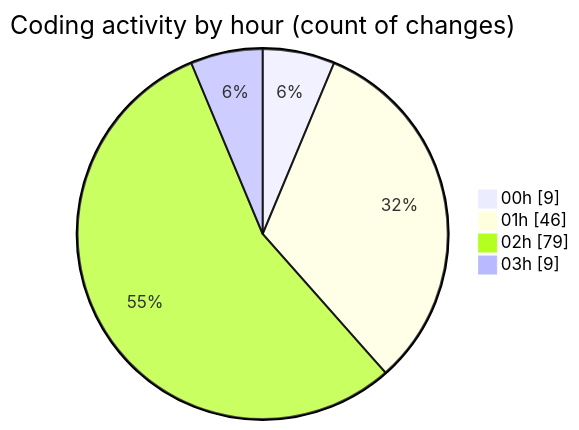
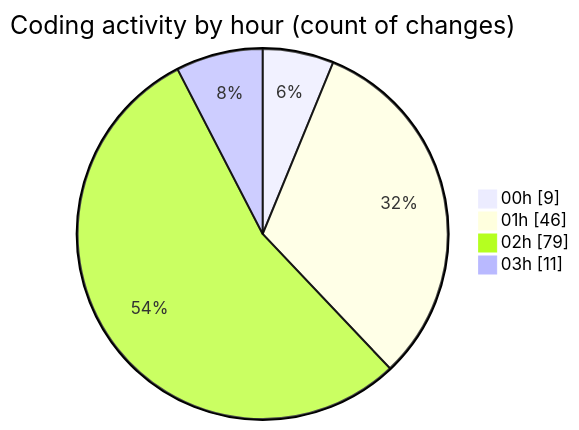
The second of 2 diagrams in 2025-11-18/eventscop-frontend-guide__workspace_/README.md (julien-gomy/code-tracking), drawn with Mermaid before and after one commit. The commit also changed other lines of this file and 1 other file, not shown here.

````diff
--- a/2025-11-18/eventscop-frontend-guide__workspace_/README.md
+++ b/2025-11-18/eventscop-frontend-guide__workspace_/README.md
@@ -59,8 +60,8 @@
 ```mermaid
 pie showData
 title Coding activity by hour (count of changes)
 "00h" : 9
 "01h" : 46
 "02h" : 79
-"03h" : 9
+"03h" : 11
 ```
````
